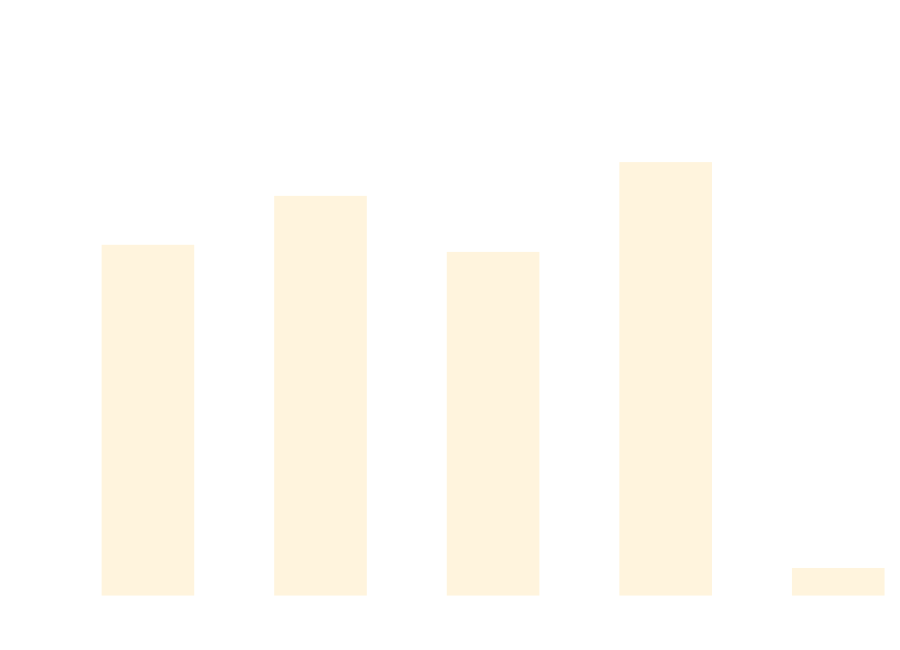
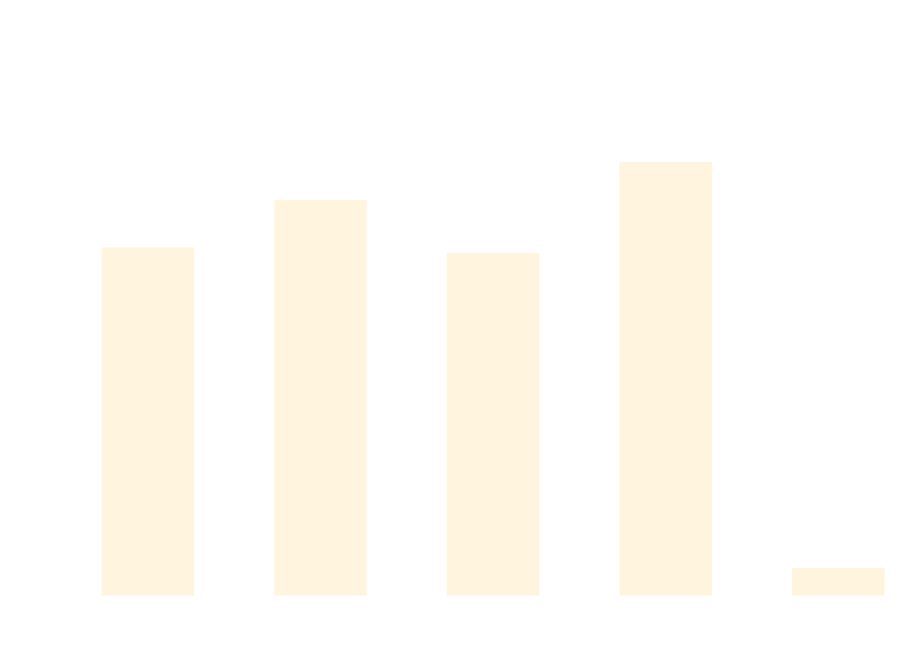
Before and after one commit to thomhurst/TUnit: the diagram in docs/docs/benchmarks/DataDrivenTests.md, drawn with Mermaid. The commit also changed other lines of this file and 17 other files, not shown here.

````diff
--- a/docs/docs/benchmarks/DataDrivenTests.md
+++ b/docs/docs/benchmarks/DataDrivenTests.md
@@ -27,37 +27,37 @@
 ```mermaid
 %%{init: {
   'theme':'base',
   'themeVariables': {
     'primaryColor': '#2563eb',
     'primaryTextColor': '#ffffff',
     'primaryBorderColor': '#1e40af',
     'lineColor': '#6b7280',
     'secondaryColor': '#7c3aed',
     'tertiaryColor': '#dc2626',
     'background': '#ffffff',
     'mainBkg': '#2563eb',
     'secondBkg': '#7c3aed',
     'tertiaryBkg': '#dc2626',
     'clusterBkg': '#f3f4f6',
     'edgeLabelBackground': '#ffffff',
     'tertiaryTextColor': '#1f2937',
     'pie1': '#2563eb',
     'pie2': '#7c3aed',
     'pie3': '#dc2626',
     'pie4': '#f59e0b',
     'pie5': '#10b981',
     'pie6': '#06b6d4',
     'pie7': '#ec4899',
     'pie8': '#6366f1',
     'pie9': '#84cc16',
     'pie10': '#f97316',
     'pie11': '#14b8a6',
     'pie12': '#a855f7'
   }
 }}%%
 xychart-beta
   title "DataDrivenTests Performance Comparison"
   x-axis ["TUnit", "NUnit", "MSTest", "xUnit3", "TUnit_AOT"]
-  y-axis "Time (ms)" 0 --> 698
-  bar [467.81, 534.94, 458.02, 581.22, 24.42]
+  y-axis "Time (ms)" 0 --> 708
+  bar [470.84, 536.76, 462.96, 589.64, 24.61]
 ```
````
